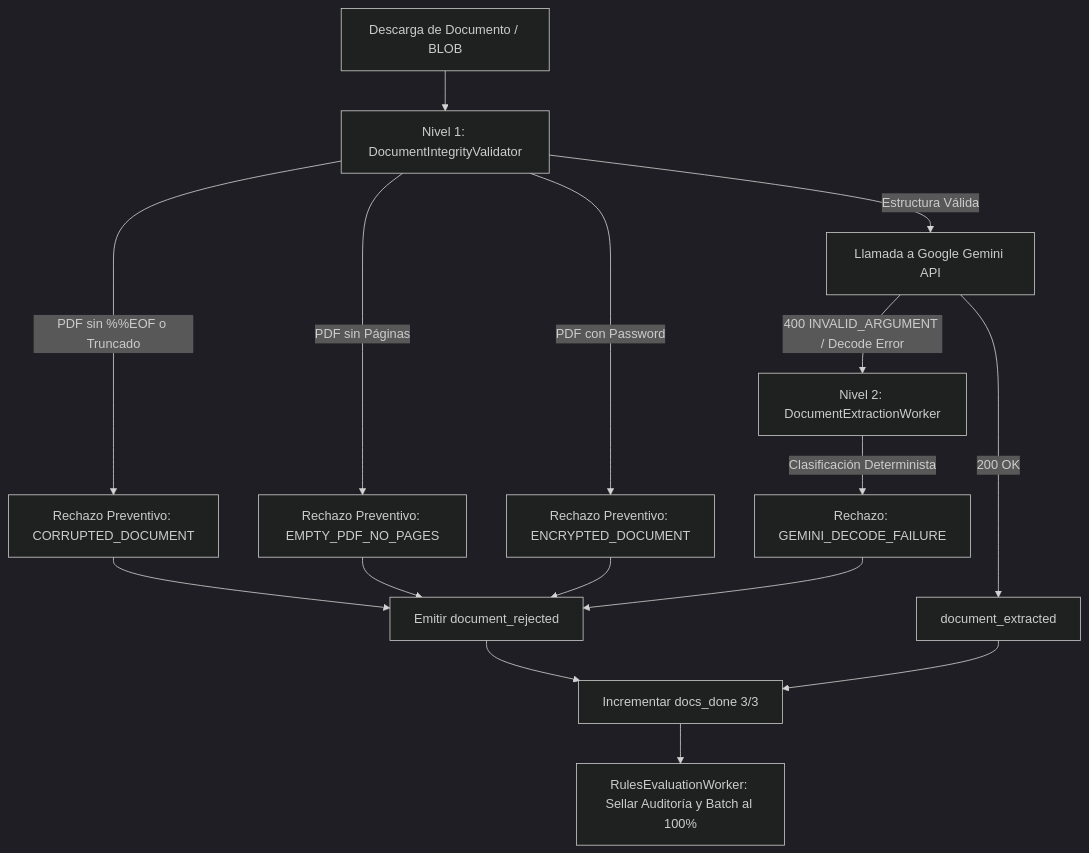
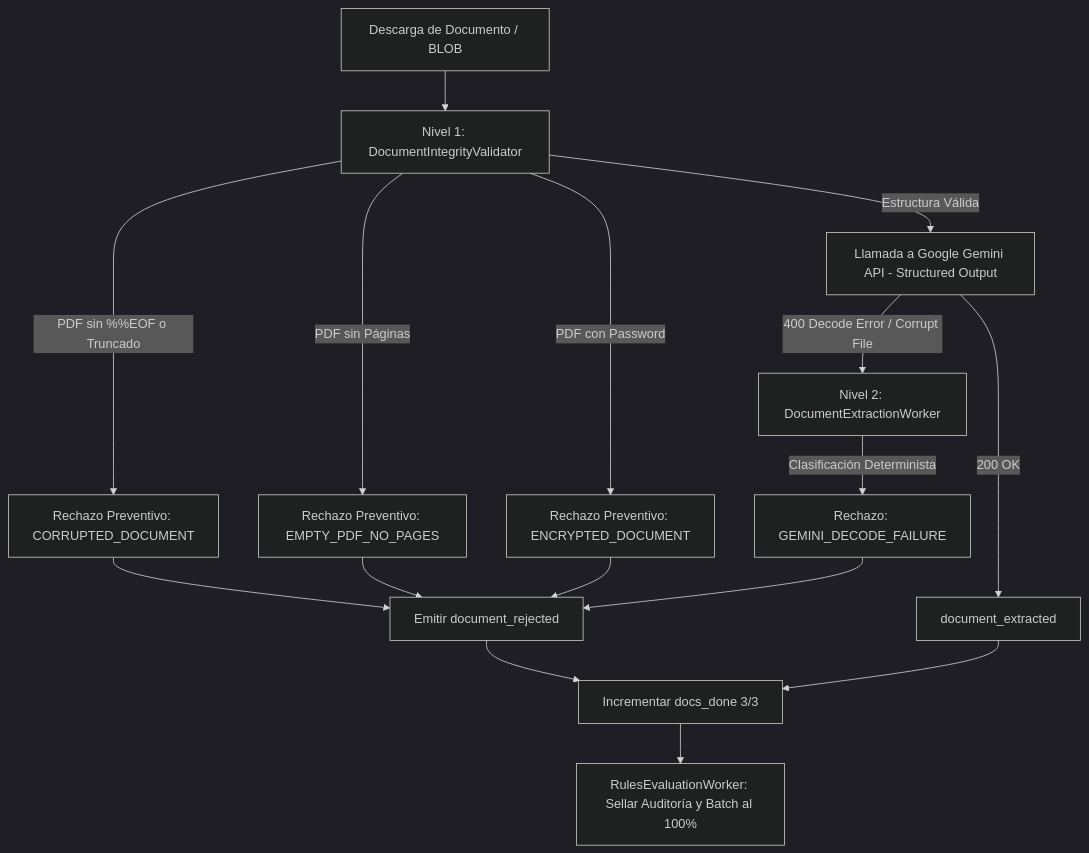
One commit to jfrem/AudFact changed the diagram in .agent/skills/audfact-audit-gemini/SKILL.md. Above: the diagram before and after it, drawn with Mermaid (dark theme). The commit also changed other lines of this file and 36 other files, not shown here.

````diff
--- a/.agent/skills/audfact-audit-gemini/SKILL.md
+++ b/.agent/skills/audfact-audit-gemini/SKILL.md
@@ -138,20 +138,20 @@
 ```mermaid
 flowchart TD
     A[Descarga de Documento / BLOB] --> B[Nivel 1: DocumentIntegrityValidator]
     B -->|PDF sin %%EOF o Truncado| C[Rechazo Preventivo: CORRUPTED_DOCUMENT]
     B -->|PDF sin Páginas| D[Rechazo Preventivo: EMPTY_PDF_NO_PAGES]
     B -->|PDF con Password| E[Rechazo Preventivo: ENCRYPTED_DOCUMENT]
-    B -->|Estructura Válida| F[Llamada a Google Gemini API]
+    B -->|Estructura Válida| F[Llamada a Google Gemini API - Structured Output]
 
     F -->|200 OK| G[document_extracted]
-    F -->|400 INVALID_ARGUMENT / Decode Error| H[Nivel 2: DocumentExtractionWorker]
+    F -->|400 Decode Error / Corrupt File| H[Nivel 2: DocumentExtractionWorker]
     H -->|Clasificación Determinista| I[Rechazo: GEMINI_DECODE_FAILURE]
 
     C --> J[Emitir document_rejected]
     D --> J
     E --> J
     I --> J
     J --> K[Incrementar docs_done 3/3]
     G --> K
     K --> L[RulesEvaluationWorker: Sellar Auditoría y Batch al 100%]
 ```
````
